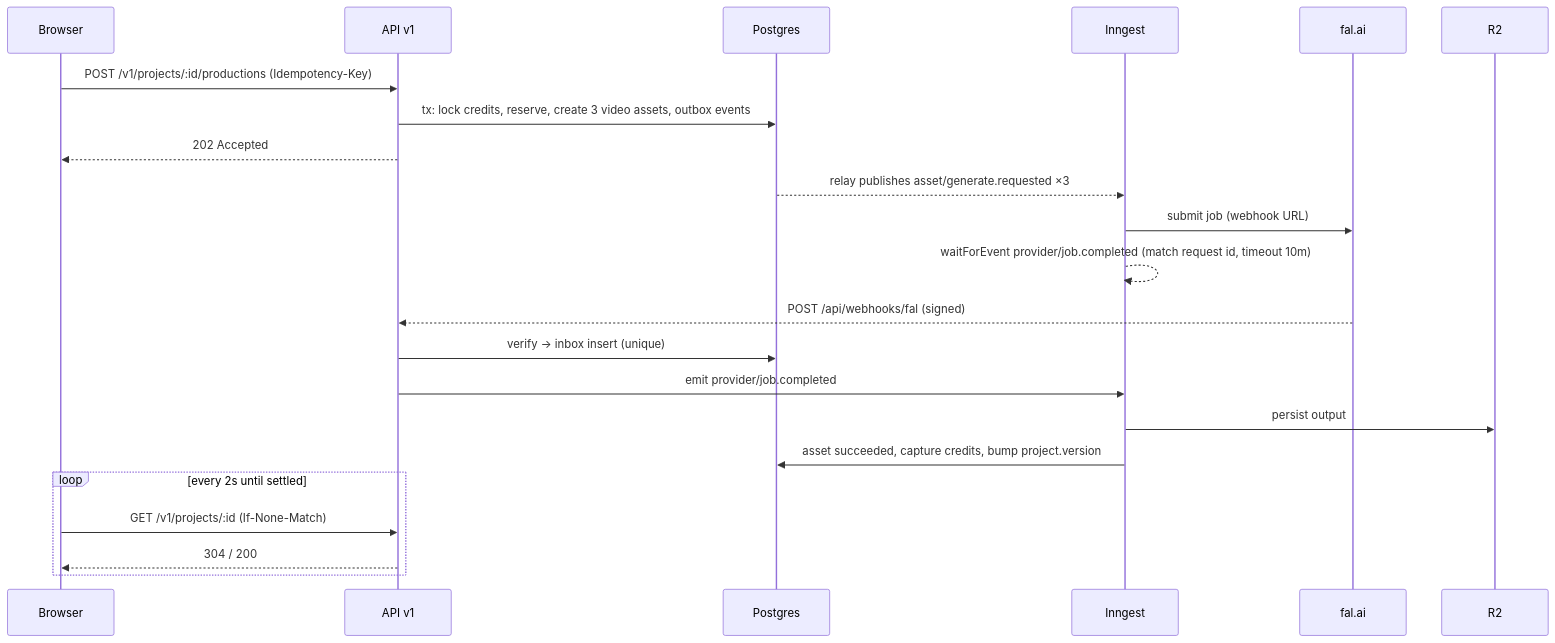
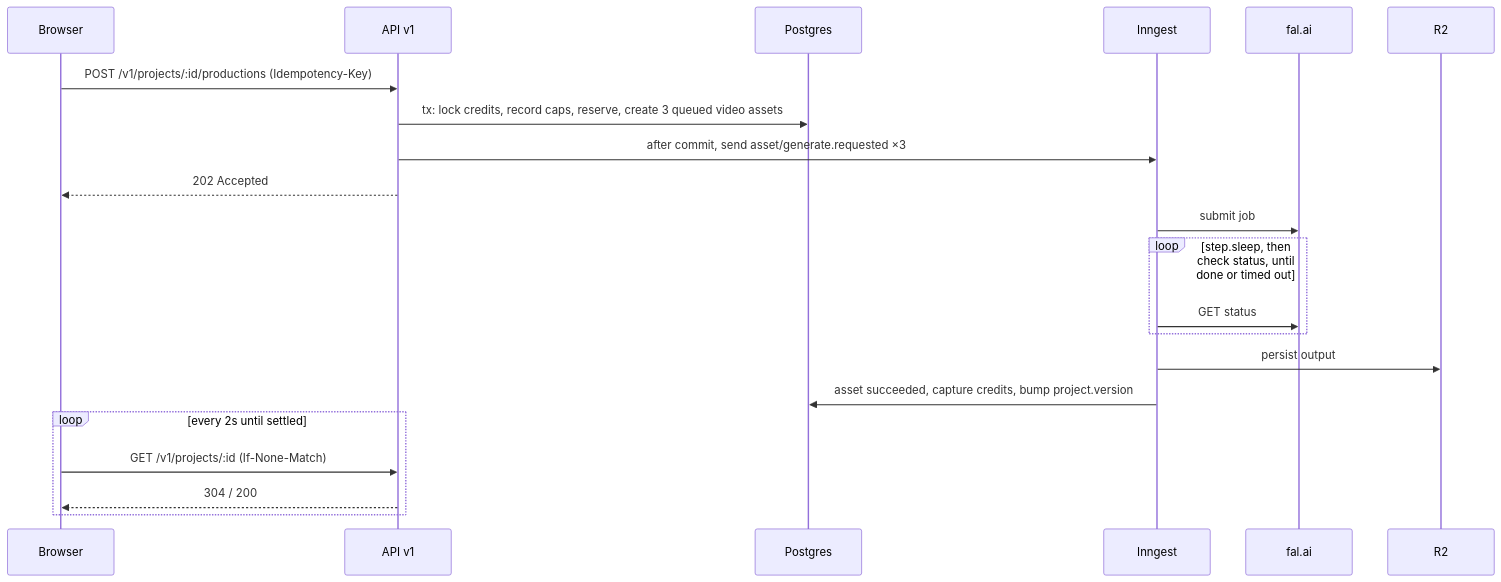
Before and after one commit to Webtech12/higgsfield-ai-clone: the fifth of 5 diagrams in docs/architecture.md, drawn with Mermaid. The commit also changed other lines of this file and 18 other files, not shown here.

````diff
--- a/docs/architecture.md
+++ b/docs/architecture.md
@@ -340,24 +349,23 @@
 ```mermaid
 sequenceDiagram
   participant B as Browser
   participant API as API v1
   participant DB as Postgres
   participant WF as Inngest
   participant P as fal.ai
   participant S as R2
   B->>API: POST /v1/projects/:id/productions (Idempotency-Key)
-  API->>DB: tx: lock credits, reserve, create 3 video assets, outbox events
+  API->>DB: tx: lock credits, record caps, reserve, create 3 queued video assets
+  API->>WF: after commit, send asset/generate.requested ×3
   API-->>B: 202 Accepted
-  DB-->>WF: relay publishes asset/generate.requested ×3
-  WF->>P: submit job (webhook URL)
-  WF-->>WF: waitForEvent provider/job.completed (match request id, timeout 10m)
-  P-->>API: POST /api/webhooks/fal (signed)
-  API->>DB: verify → inbox insert (unique) 
-  API->>WF: emit provider/job.completed
+  WF->>P: submit job
+  loop step.sleep, then check status, until done or timed out
+    WF->>P: GET status
+  end
   WF->>S: persist output
   WF->>DB: asset succeeded, capture credits, bump project.version
   loop every 2s until settled
     B->>API: GET /v1/projects/:id (If-None-Match)
     API-->>B: 304 / 200
   end
 ```
````
